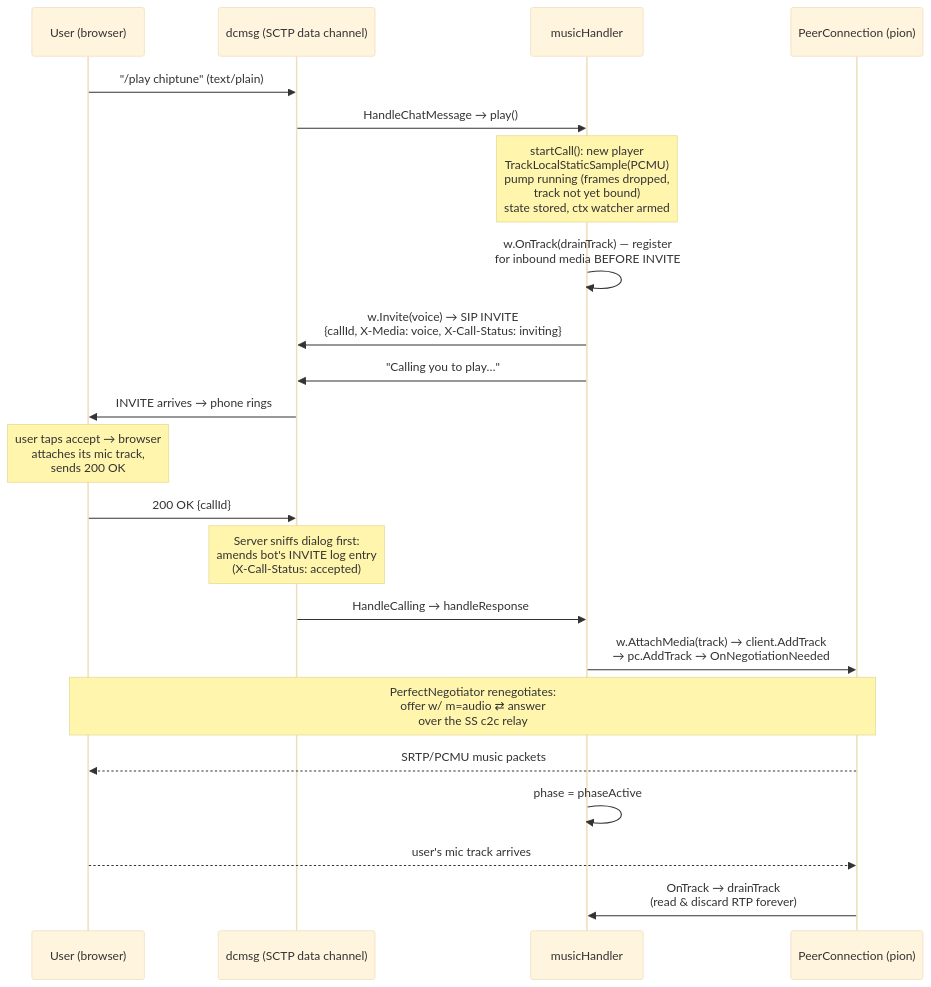
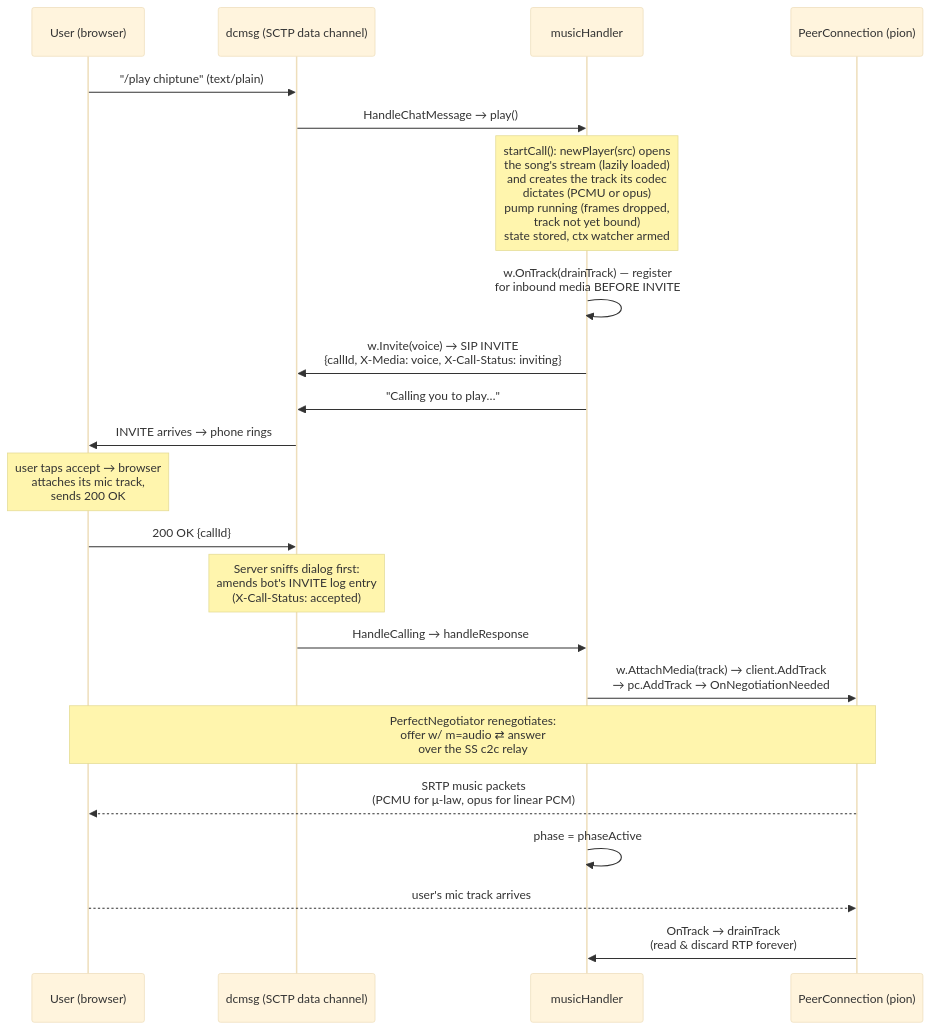
The second of 2 diagrams in docs/music-bot.md (cmpxchg16b-nop/personal-site), drawn with Mermaid (base theme) before and after one commit. The commit also changed other lines of this file and 27 other files, not shown here.

````diff
--- a/docs/music-bot.md
+++ b/docs/music-bot.md
@@ -48,25 +53,25 @@
 ```mermaid
 sequenceDiagram
     participant U as User (browser)
     participant DC as dcmsg (SCTP data channel)
     participant H as musicHandler
     participant C as PeerConnection (pion)
 
     U->>DC: "/play chiptune" (text/plain)
     DC->>H: HandleChatMessage → play()
-    Note over H: startCall(): new player<br/>TrackLocalStaticSample(PCMU)<br/>pump running (frames dropped,<br/>track not yet bound)<br/>state stored, ctx watcher armed
+    Note over H: startCall(): newPlayer(src) opens<br/>the song's stream (lazily loaded)<br/>and creates the track its codec<br/>dictates (PCMU or opus)<br/>pump running (frames dropped,<br/>track not yet bound)<br/>state stored, ctx watcher armed
     H->>H: w.OnTrack(drainTrack) — register<br/>for inbound media BEFORE INVITE
     H->>DC: w.Invite(voice) → SIP INVITE<br/>{callId, X-Media: voice, X-Call-Status: inviting}
     H->>DC: "Calling you to play…"
     DC->>U: INVITE arrives → phone rings
     Note over U: user taps accept → browser<br/>attaches its mic track,<br/>sends 200 OK
     U->>DC: 200 OK {callId}
     Note over DC: Server sniffs dialog first:<br/>amends bot's INVITE log entry<br/>(X-Call-Status: accepted)
     DC->>H: HandleCalling → handleResponse
     H->>C: w.AttachMedia(track) → client.AddTrack<br/>→ pc.AddTrack → OnNegotiationNeeded
     Note over C,U: PerfectNegotiator renegotiates:<br/>offer w/ m=audio ⇄ answer<br/>over the SS c2c relay
-    C-->>U: SRTP/PCMU music packets
+    C-->>U: SRTP music packets<br/>(PCMU for μ-law, opus for linear PCM)
     H->>H: phase = phaseActive
     U-->>C: user's mic track arrives
     C->>H: OnTrack → drainTrack<br/>(read & discard RTP forever)
 ```
````
